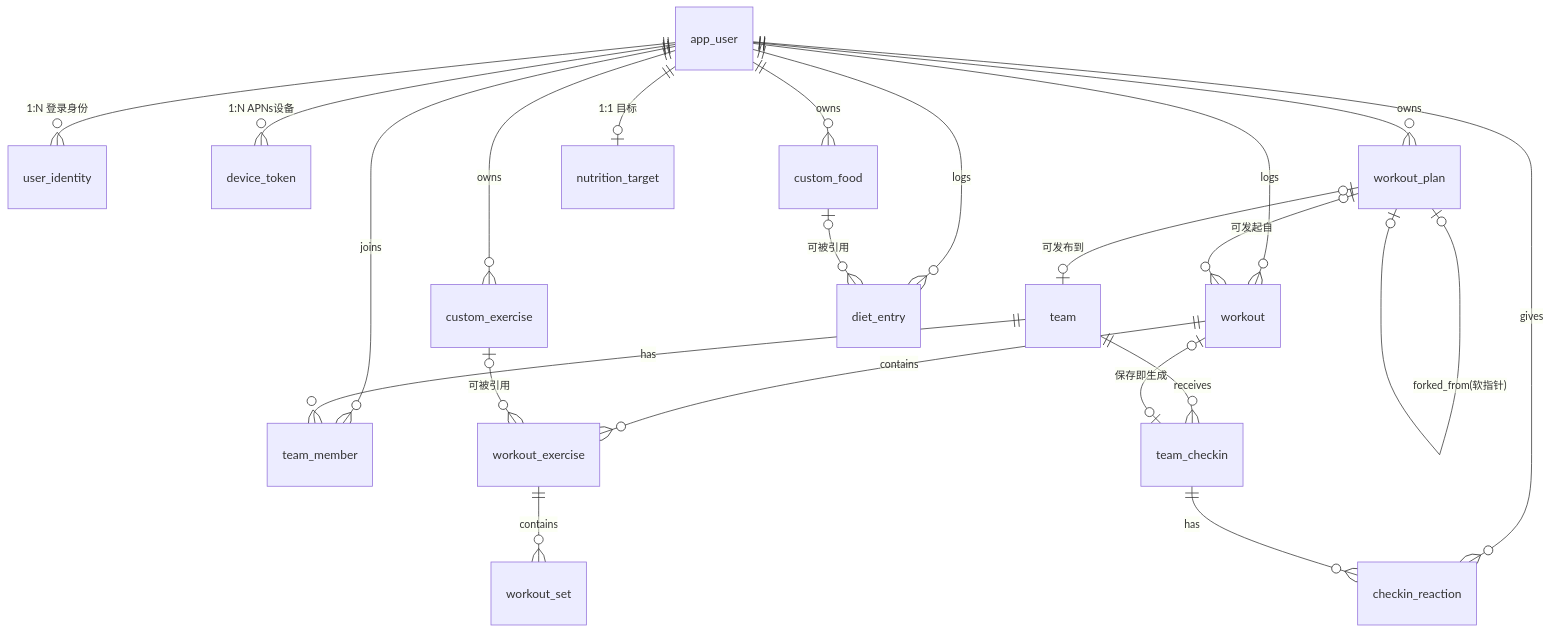
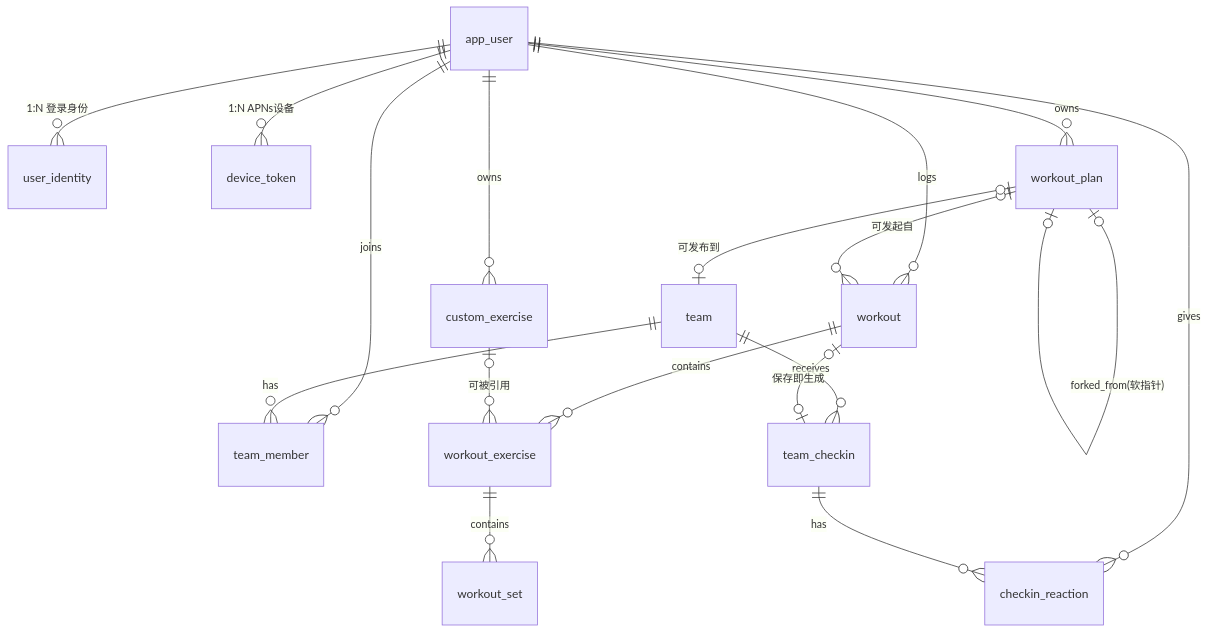
The diagram in openspec/changes/meigei-mvp/data-model.md (YuLinXi/MeiGei-app), drawn with Mermaid before and after one commit. The commit also changed other lines of this file and 36 other files, not shown here.

````diff
--- a/openspec/changes/meigei-mvp/data-model.md
+++ b/openspec/changes/meigei-mvp/data-model.md
@@ -20,27 +20,22 @@
 ```mermaid
 erDiagram
     app_user ||--o{ user_identity : "1:N 登录身份"
     app_user ||--o{ device_token : "1:N APNs设备"
     app_user ||--o{ custom_exercise : owns
     app_user ||--o{ workout_plan : owns
     app_user ||--o{ workout : logs
-    app_user ||--o{ custom_food : owns
-    app_user ||--o{ diet_entry : logs
-    app_user ||--o| nutrition_target : "1:1 目标"
     app_user ||--o{ team_member : joins
     app_user ||--o{ checkin_reaction : gives
 
     workout ||--o{ workout_exercise : contains
     workout_exercise ||--o{ workout_set : contains
     custom_exercise |o--o{ workout_exercise : "可被引用"
     workout_plan |o--o{ workout : "可发起自"
     workout_plan |o--o| workout_plan : "forked_from(软指针)"
     workout_plan |o--o| team : "可发布到"
 
-    custom_food |o--o{ diet_entry : "可被引用"
-
     team ||--o{ team_member : has
     team ||--o{ team_checkin : receives
     workout |o--o| team_checkin : "保存即生成"
     team_checkin ||--o{ checkin_reaction : has
 ```
````
